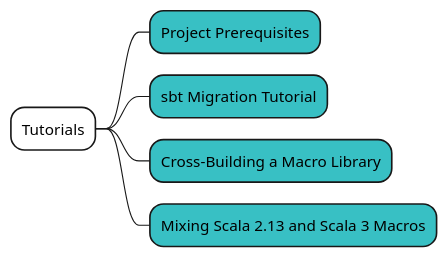
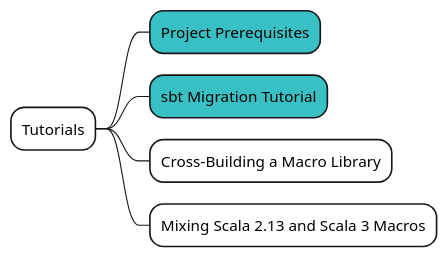
The fourth of 7 diagrams in docs/step01/04_Migration_guideを俯瞰してみる.md (shinharad/getting-started-with-scala3), drawn with PlantUML before and after one commit. The commit also changed other lines of this file and 7 other files, not shown here.

````diff
--- a/docs/step01/04_Migration_guideを俯瞰してみる.md
+++ b/docs/step01/04_Migration_guideを俯瞰してみる.md
@@ -69,9 +69,9 @@
 ```plantuml
 @startmindmap
 *[#fff] Tutorials
 **[#38c0c4] Project Prerequisites
 **[#38c0c4] sbt Migration Tutorial
-**[#38c0c4] Cross-Building a Macro Library
-**[#38c0c4] Mixing Scala 2.13 and Scala 3 Macros
+**[#fff] Cross-Building a Macro Library
+**[#fff] Mixing Scala 2.13 and Scala 3 Macros
 @endmindmap
 ```
````
